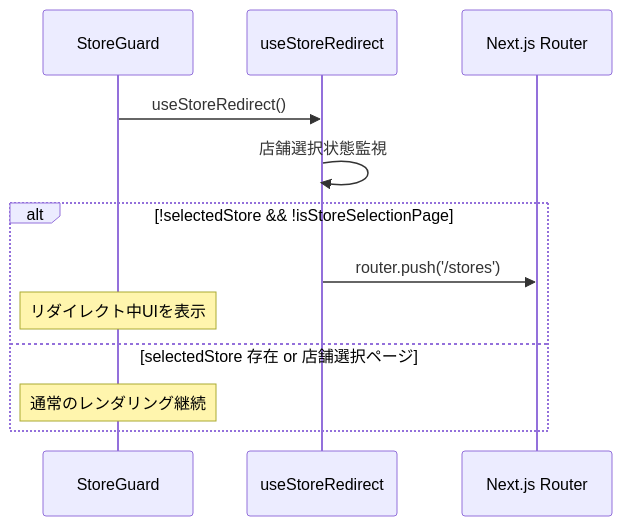
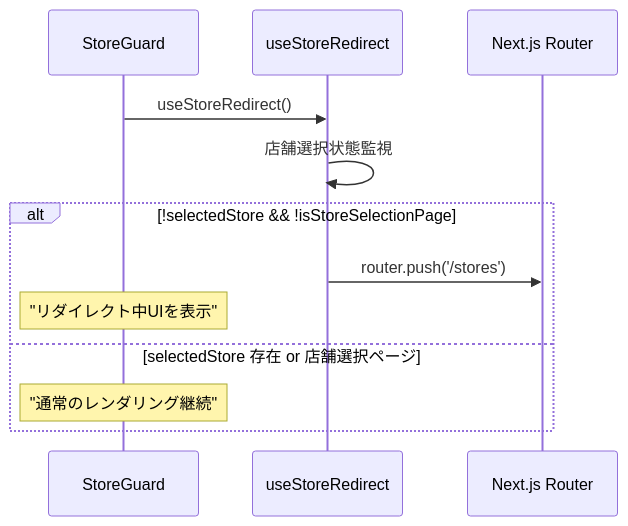
One commit to wasabi49/ocs-systemDevelopmentExercises changed the third of 7 diagrams in document/components/sequence/StoreGuard.md. Above: the diagram before and after it, drawn with Mermaid. The commit also changed other lines of this file and 42 other files, not shown here.

First line of the commit message:
fix: mermaidシーケンス図のNote over文でダブルクォーテーション不足を修正

````diff
--- a/document/components/sequence/StoreGuard.md
+++ b/document/components/sequence/StoreGuard.md
@@ -54,16 +54,16 @@
 ```mermaid
 sequenceDiagram
     participant Guard as StoreGuard
     participant Hook as useStoreRedirect
     participant Router as Next.js Router
 
     Guard->>Hook: useStoreRedirect()
     Hook->>Hook: 店舗選択状態監視
     
     alt !selectedStore && !isStoreSelectionPage
         Hook->>Router: router.push('/stores')
-        Note over Guard: リダイレクト中UIを表示
+        Note over Guard: "リダイレクト中UIを表示"
     else selectedStore 存在 or 店舗選択ページ
-        Note over Guard: 通常のレンダリング継続
+        Note over Guard: "通常のレンダリング継続"
     end
 ```
````
